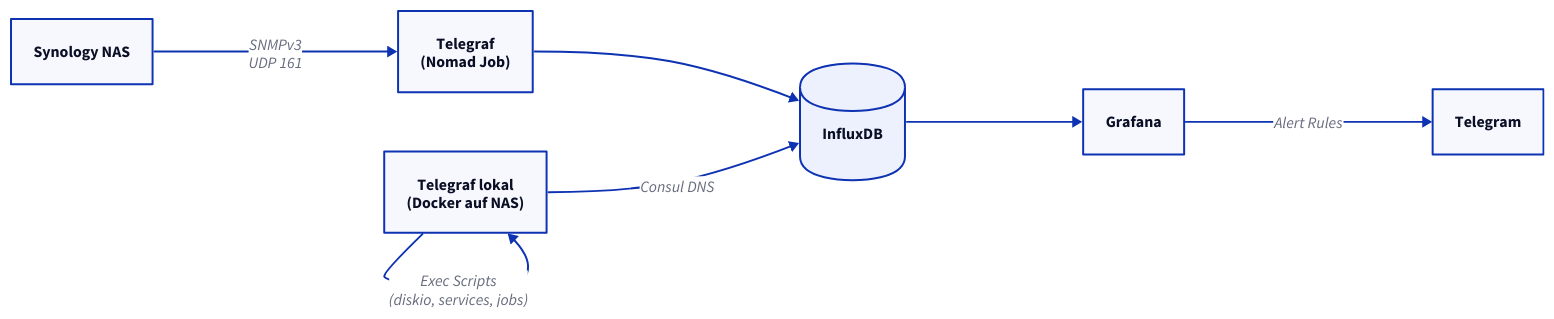
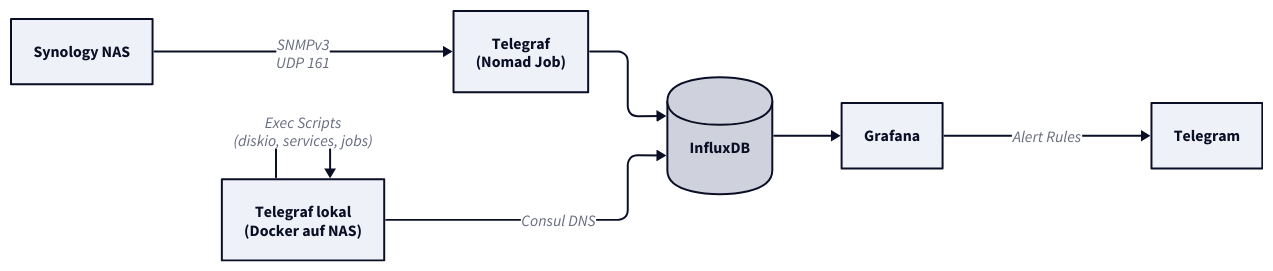
Before and after one commit to derever-labs/homelab-wiki: the diagram in docs/synology-monitoring/index.md, drawn with D2. The commit also changed other lines of this file and 109 other files, not shown here.

````diff
--- a/docs/synology-monitoring/index.md
+++ b/docs/synology-monitoring/index.md
@@ -30,17 +29,32 @@
 ```d2
+vars: {
+  d2-config: {
+    theme-id: 1
+    layout-engine: elk
+  }
+}
+
+classes: {
+  node: {
+    style: {
+      border-radius: 8
+    }
+  }
+}
+
 direction: right
 
 NAS: Synology NAS
 TEL_REMOTE: "Telegraf\n(Nomad Job)"
 TEL_LOCAL: "Telegraf lokal\n(Docker auf NAS)"
 INFLUX: InfluxDB { shape: cylinder }
 GRAF: Grafana
 TG: Telegram
 
 NAS -> TEL_REMOTE: "SNMPv3\nUDP 161"
 TEL_REMOTE -> INFLUX
 TEL_LOCAL -> TEL_LOCAL: "Exec Scripts\n(diskio, services, jobs)"
 TEL_LOCAL -> INFLUX: Consul DNS
 INFLUX -> GRAF
 GRAF -> TG: Alert Rules
 ```
````
